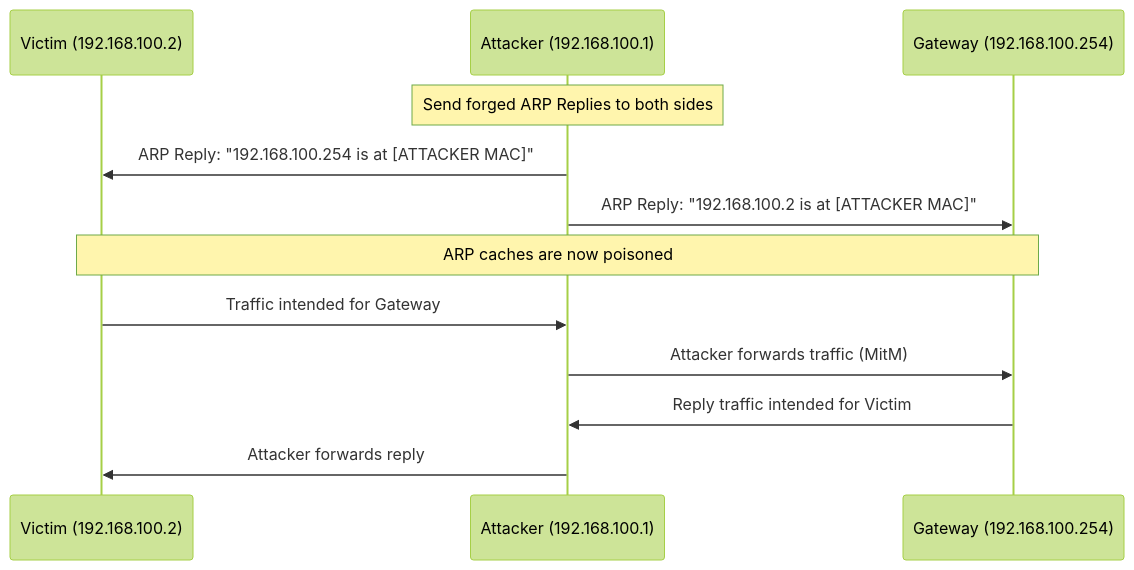
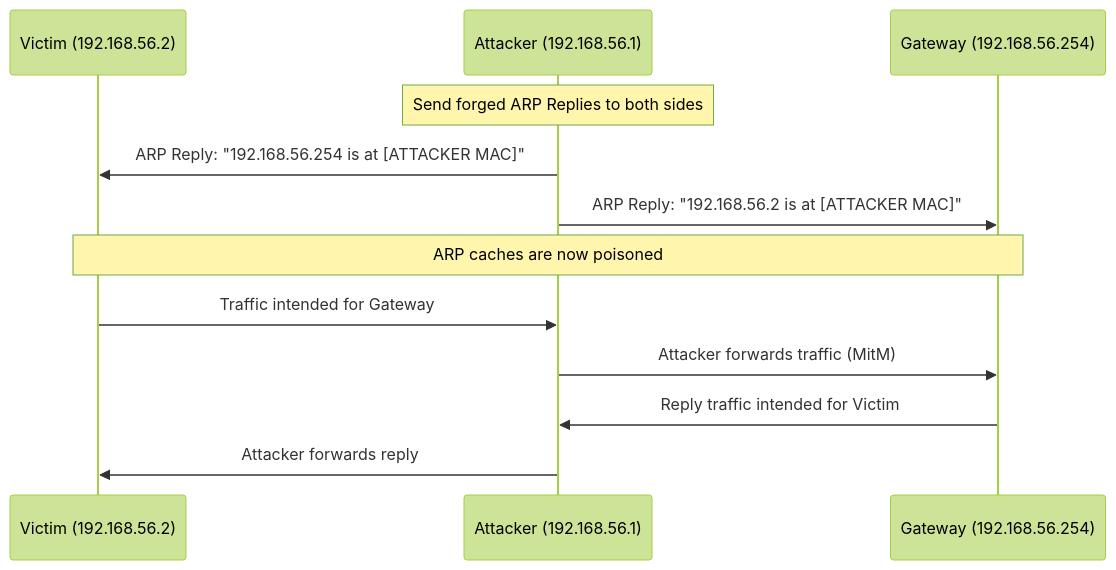
The second of 6 diagrams in reference_guide.md (chicolinux/dc34_workshop), drawn with Mermaid (forest theme) before and after one commit. The commit also changed other lines of this file and 41 other files, not shown here.

````diff
--- a/reference_guide.md
+++ b/reference_guide.md
@@ -930,16 +931,16 @@
 ```mermaid
 sequenceDiagram
-    participant V as Victim (192.168.100.2)
-    participant A as Attacker (192.168.100.1)
-    participant G as Gateway (192.168.100.254)
+    participant V as Victim (192.168.56.2)
+    participant A as Attacker (192.168.56.1)
+    participant G as Gateway (192.168.56.254)
 
     Note over A: Send forged ARP Replies to both sides
-    A->>V: ARP Reply: "192.168.100.254 is at [ATTACKER MAC]"
-    A->>G: ARP Reply: "192.168.100.2 is at [ATTACKER MAC]"
+    A->>V: ARP Reply: "192.168.56.254 is at [ATTACKER MAC]"
+    A->>G: ARP Reply: "192.168.56.2 is at [ATTACKER MAC]"
 
     Note over V,G: ARP caches are now poisoned
     V->>A: Traffic intended for Gateway
     A->>G: Attacker forwards traffic (MitM)
     G->>A: Reply traffic intended for Victim
     A->>V: Attacker forwards reply
 ```
````
